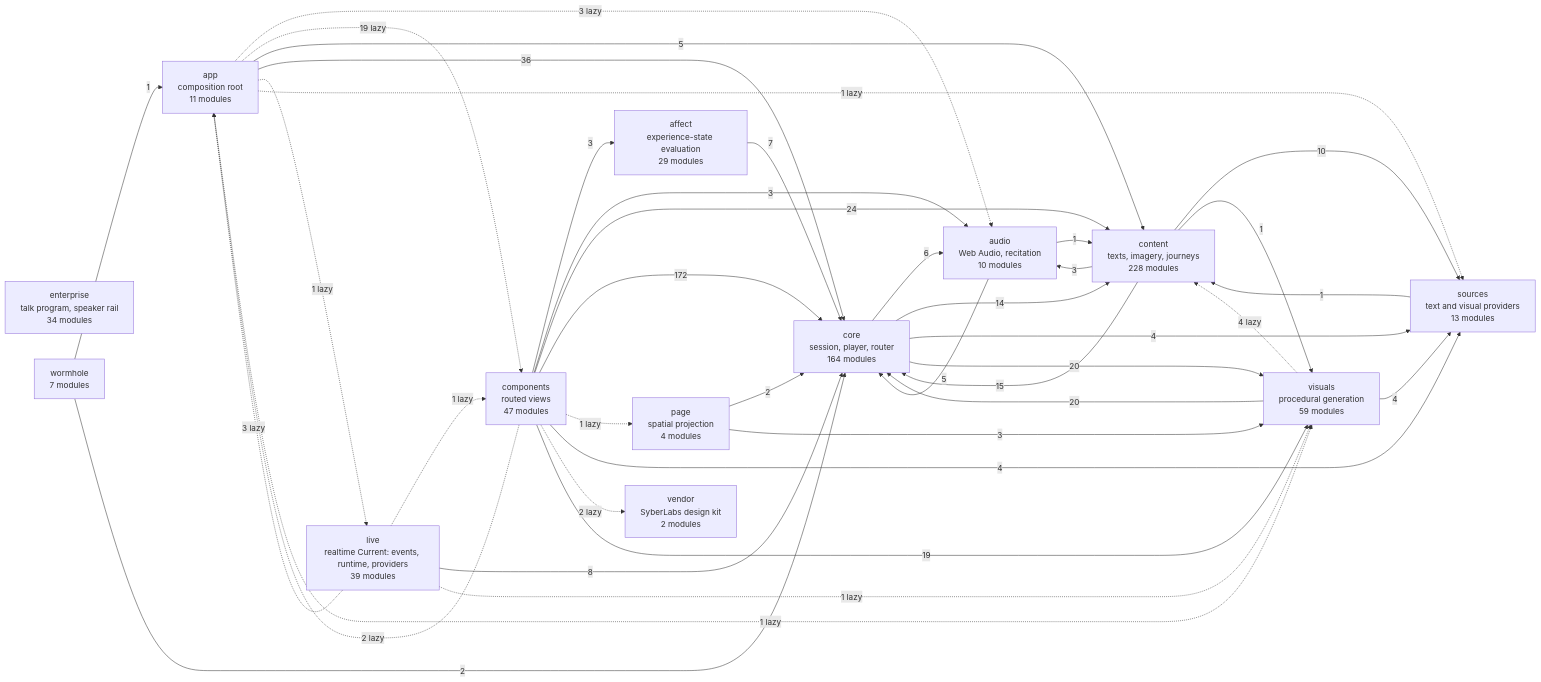
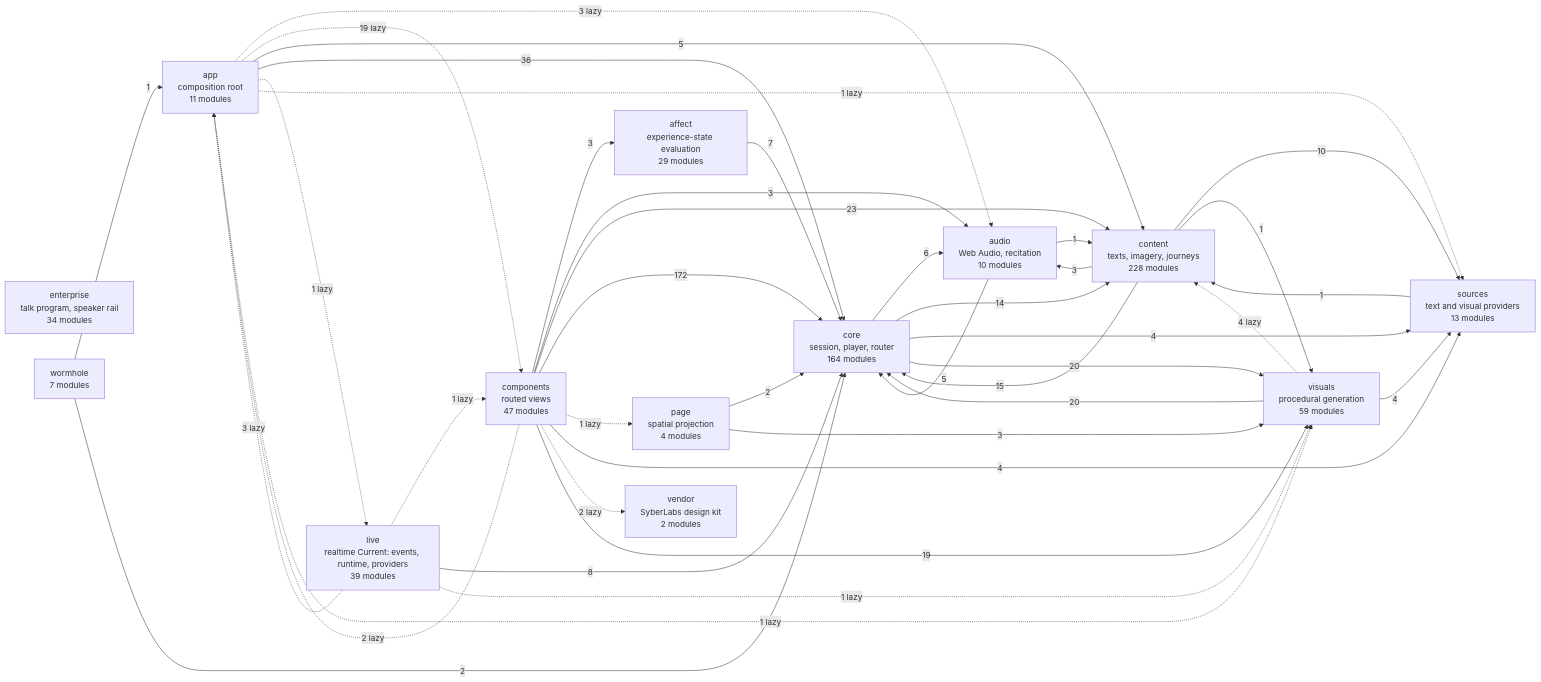
The diagram in docs/specs/ARCHITECTURE.md (SyberLabs/RISE), drawn with Mermaid before and after one commit. The commit also changed 6 other files, not shown here.

````diff
--- a/docs/specs/ARCHITECTURE.md
+++ b/docs/specs/ARCHITECTURE.md
@@ -151,56 +151,56 @@
 ```mermaid
 flowchart LR
     affect["affect<br/>experience-state evaluation<br/>29 modules"]
     app["app<br/>composition root<br/>11 modules"]
     audio["audio<br/>Web Audio, recitation<br/>10 modules"]
     components["components<br/>routed views<br/>47 modules"]
     content["content<br/>texts, imagery, journeys<br/>228 modules"]
     core["core<br/>session, player, router<br/>164 modules"]
     enterprise["enterprise<br/>talk program, speaker rail<br/>34 modules"]
     live["live<br/>realtime Current: events, runtime, providers<br/>39 modules"]
     page["page<br/>spatial projection<br/>4 modules"]
     sources["sources<br/>text and visual providers<br/>13 modules"]
     vendor["vendor<br/>SyberLabs design kit<br/>2 modules"]
     visuals["visuals<br/>procedural generation<br/>59 modules"]
     wormhole["wormhole<br/>7 modules"]
 
     affect --> |7| core
     app -.-> |3 lazy| audio
     app -.-> |19 lazy| components
     app --> |5| content
     app --> |36| core
     app -.-> |1 lazy| live
     app -.-> |1 lazy| sources
     app -.-> |1 lazy| visuals
     audio --> |1| content
     audio --> |5| core
     components --> |3| affect
     components -.-> |2 lazy| app
     components --> |3| audio
-    components --> |24| content
+    components --> |23| content
     components --> |172| core
     components -.-> |1 lazy| page
     components --> |4| sources
     components -.-> |2 lazy| vendor
     components --> |19| visuals
     content --> |3| audio
     content --> |15| core
     content --> |10| sources
     content --> |1| visuals
     core --> |6| audio
     core --> |14| content
     core --> |4| sources
     core --> |20| visuals
     live -.-> |3 lazy| app
     live -.-> |1 lazy| components
     live --> |8| core
     live -.-> |1 lazy| visuals
     page --> |2| core
     page --> |3| visuals
     sources --> |1| content
     visuals -.-> |4 lazy| content
     visuals --> |20| core
     visuals --> |4| sources
     wormhole --> |1| app
     wormhole --> |2| core
 ```
````
